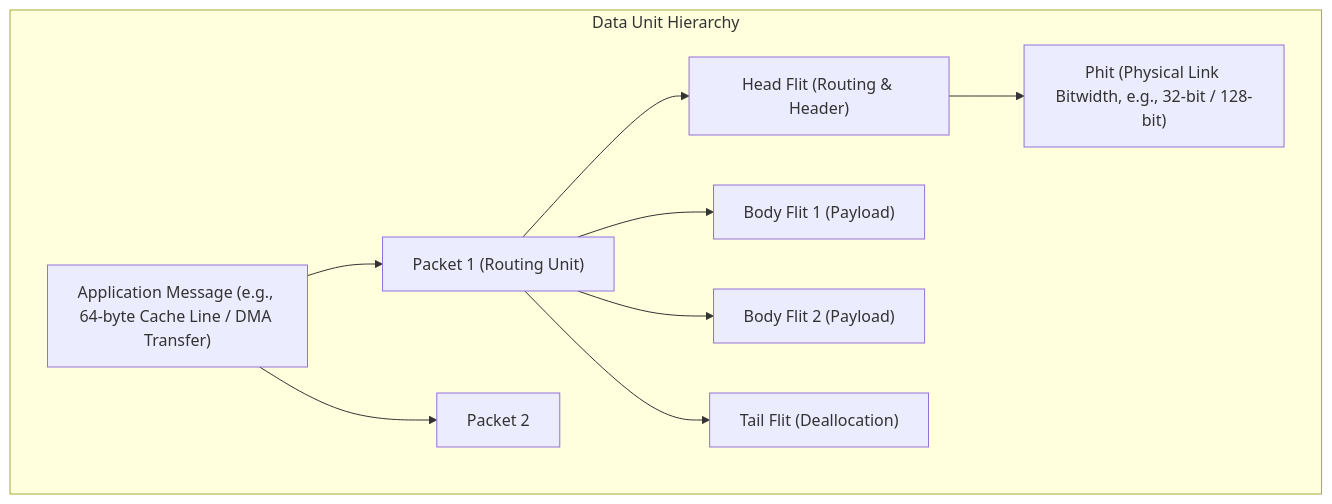
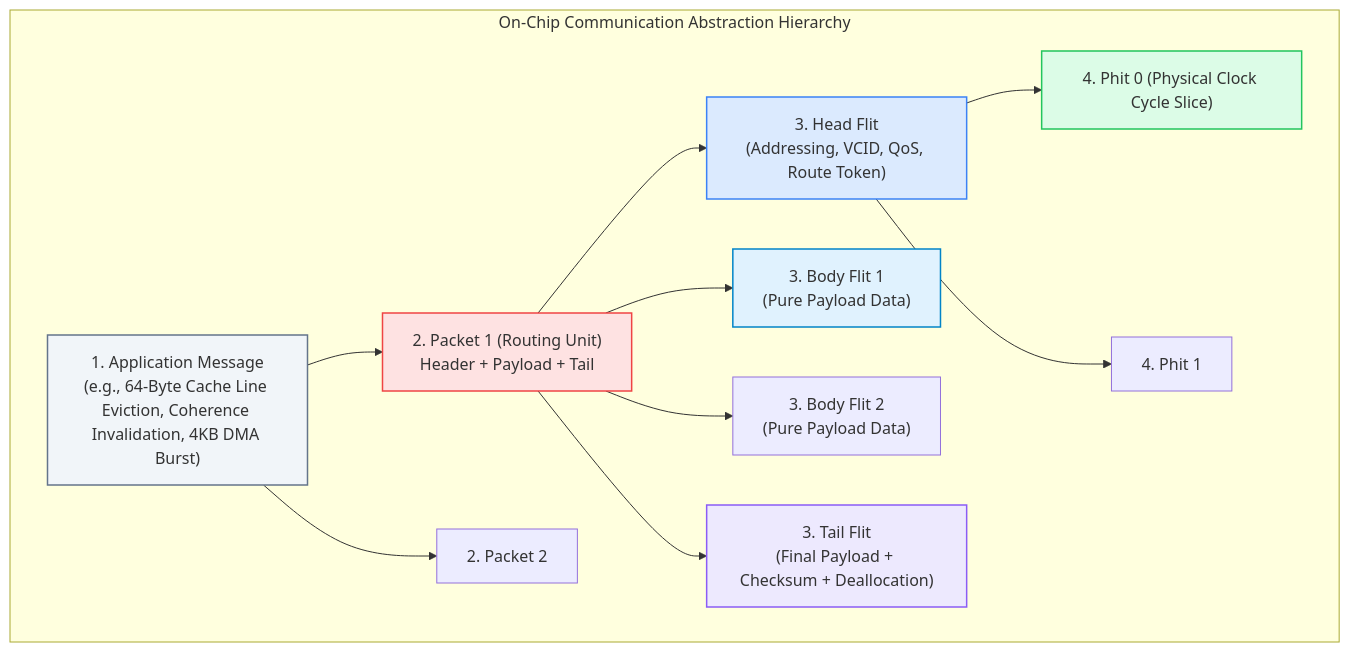
Before and after one commit to network-on-chip/learning: the diagram in docs/track1-fundamentals/02-packet-switching-flits.md, drawn with Mermaid. The commit also changed other lines of this file and 7 other files, not shown here.

Commit message:
Upgrade Track 1: Interconnect Fundamentals with 4 interactive tools, rigorous physics models, and Network Interface (NI) architecture

````diff
--- a/docs/track1-fundamentals/02-packet-switching-flits.md
+++ b/docs/track1-fundamentals/02-packet-switching-flits.md
@@ -9,17 +13,28 @@
 ```mermaid
 graph TD
-  subgraph Data_Hierarchy [Data Unit Hierarchy]
-    M["Application Message (e.g., 64-byte Cache Line / DMA Transfer)"]
-    P1["Packet 1 (Routing Unit)"]
-    P2["Packet 2"]
-    F_Head["Head Flit (Routing & Header)"]
-    F_Body1["Body Flit 1 (Payload)"]
-    F_Body2["Body Flit 2 (Payload)"]
-    F_Tail["Tail Flit (Deallocation)"]
-    Phit["Phit (Physical Link Bitwidth, e.g., 32-bit / 128-bit)"]
+  subgraph Data_Hierarchy ["On-Chip Communication Abstraction Hierarchy"]
+    Msg["1. Application Message<br/>(e.g., 64-Byte Cache Line Eviction, Coherence Invalidation, 4KB DMA Burst)"]
+    
+    Pkt1["2. Packet 1 (Routing Unit)<br/>Header + Payload + Tail"]
+    Pkt2["2. Packet 2"]
+    
+    Flit_Head["3. Head Flit<br/>(Addressing, VCID, QoS, Route Token)"]
+    Flit_Body1["3. Body Flit 1<br/>(Pure Payload Data)"]
+    Flit_Body2["3. Body Flit 2<br/>(Pure Payload Data)"]
+    Flit_Tail["3. Tail Flit<br/>(Final Payload + Checksum + Deallocation)"]
+    
+    Phit1["4. Phit 0 (Physical Clock Cycle Slice)"]
+    Phit2["4. Phit 1"]
+    
+    Msg --> Pkt1 & Pkt2
+    Pkt1 --> Flit_Head & Flit_Body1 & Flit_Body2 & Flit_Tail
+    Flit_Head --> Phit1 & Phit2
+  end
 
-    M --> P1 & P2
-    P1 --> F_Head & F_Body1 & F_Body2 & F_Tail
-    F_Head --> Phit
-  end
+  style Msg fill:#f1f5f9,stroke:#64748b,stroke-width:1.5px;
+  style Pkt1 fill:#fee2e2,stroke:#ef4444,stroke-width:1.5px;
+  style Flit_Head fill:#dbeafe,stroke:#3b82f6,stroke-width:1.5px;
+  style Flit_Body1 fill:#e0f2fe,stroke:#0284c7,stroke-width:1.5px;
+  style Flit_Tail fill:#ede9fe,stroke:#8b5cf6,stroke-width:1.5px;
+  style Phit1 fill:#dcfce7,stroke:#22c55e,stroke-width:1.5px;
 ```
````
